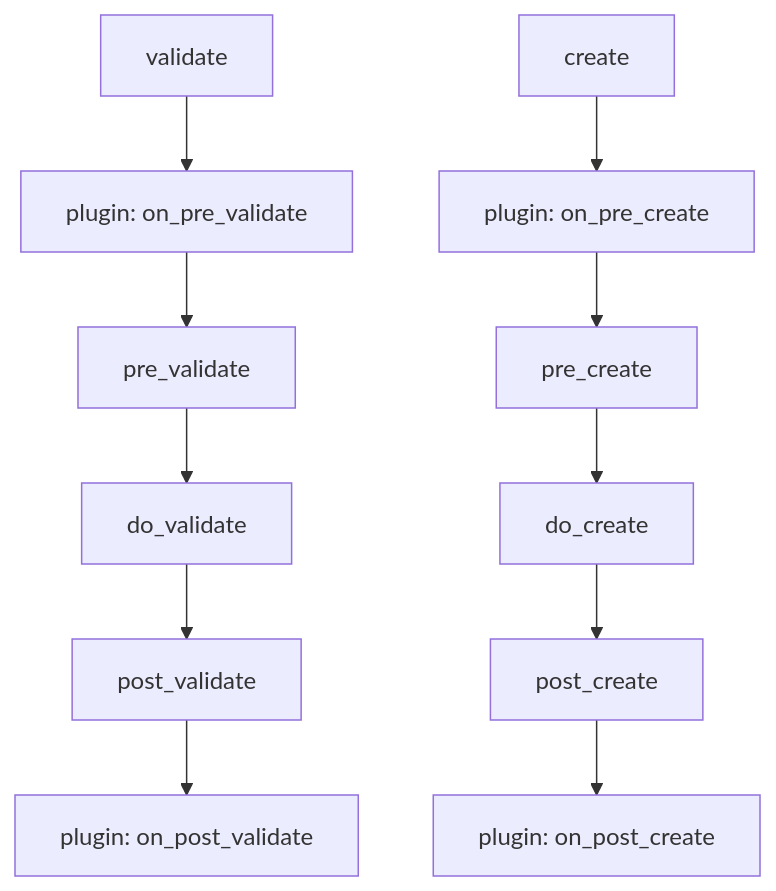
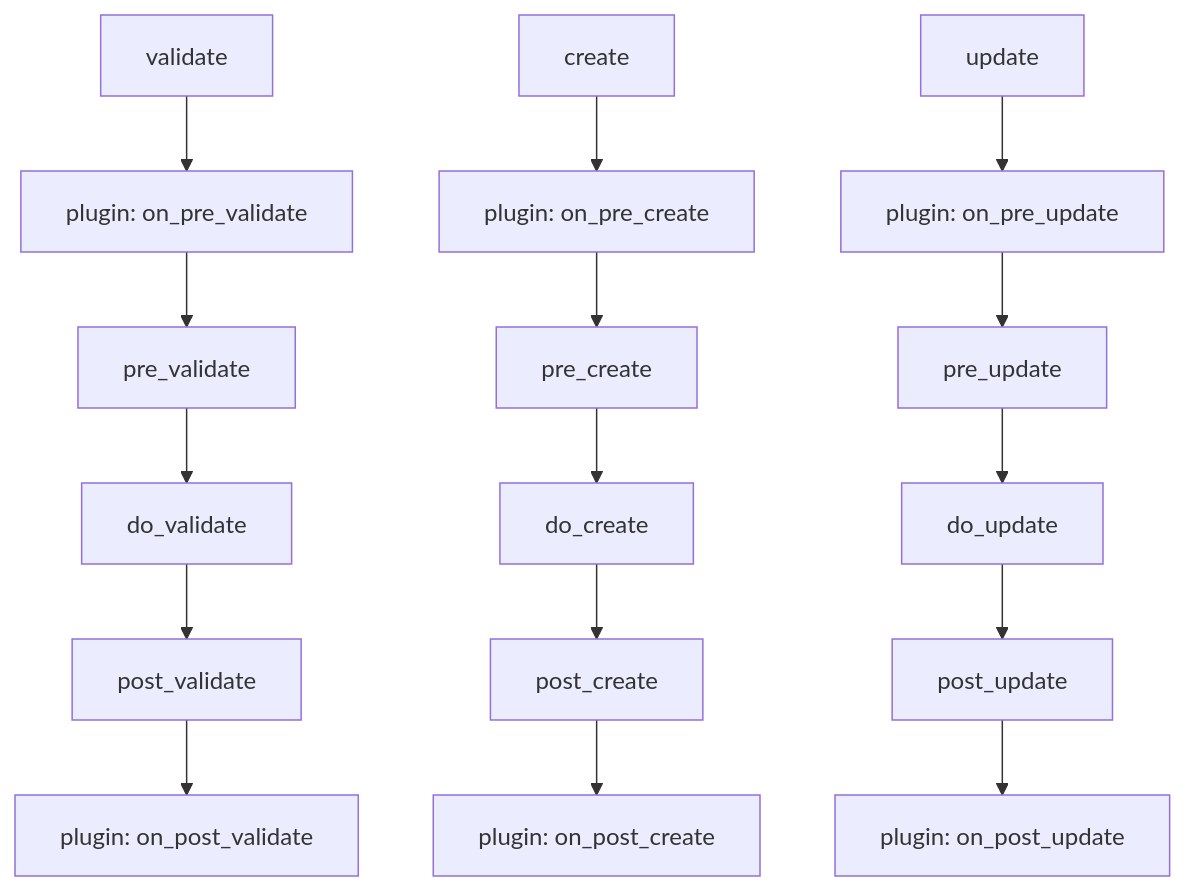
The second of 2 diagrams in core/README.md (camercadop/drf-enterprise-information-platform), drawn with Mermaid before and after one commit. The commit also changed other lines of this file and 3 other files, not shown here.

````diff
--- a/core/README.md
+++ b/core/README.md
@@ -33,14 +33,20 @@
 ```mermaid
 flowchart TD
     A[validate] --> B[plugin: on_pre_validate]
     B --> C[pre_validate]
     C --> D[do_validate]
     D --> E[post_validate]
     E --> F[plugin: on_post_validate]
 
     G[create] --> H[plugin: on_pre_create]
     H --> I[pre_create]
     I --> J[do_create]
     J --> K[post_create]
     K --> L[plugin: on_post_create]
+
+    M[update] --> N[plugin: on_pre_update]
+    N --> O[pre_update]
+    O --> P[do_update]
+    P --> Q[post_update]
+    Q --> R[plugin: on_post_update]
 ```
````
